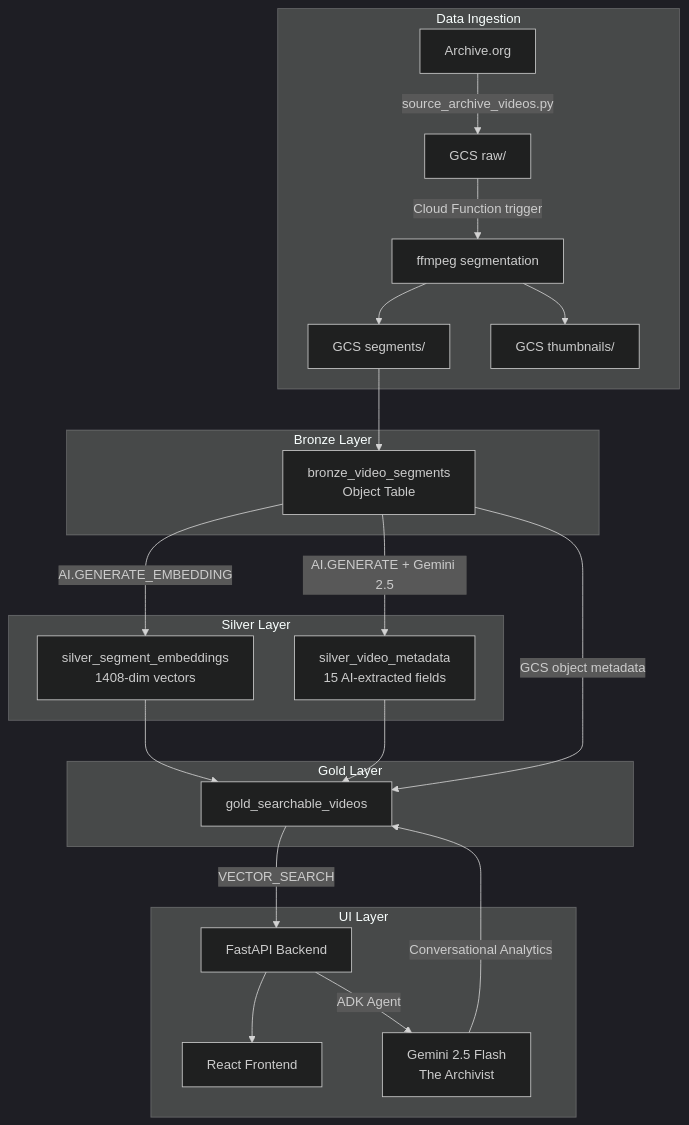
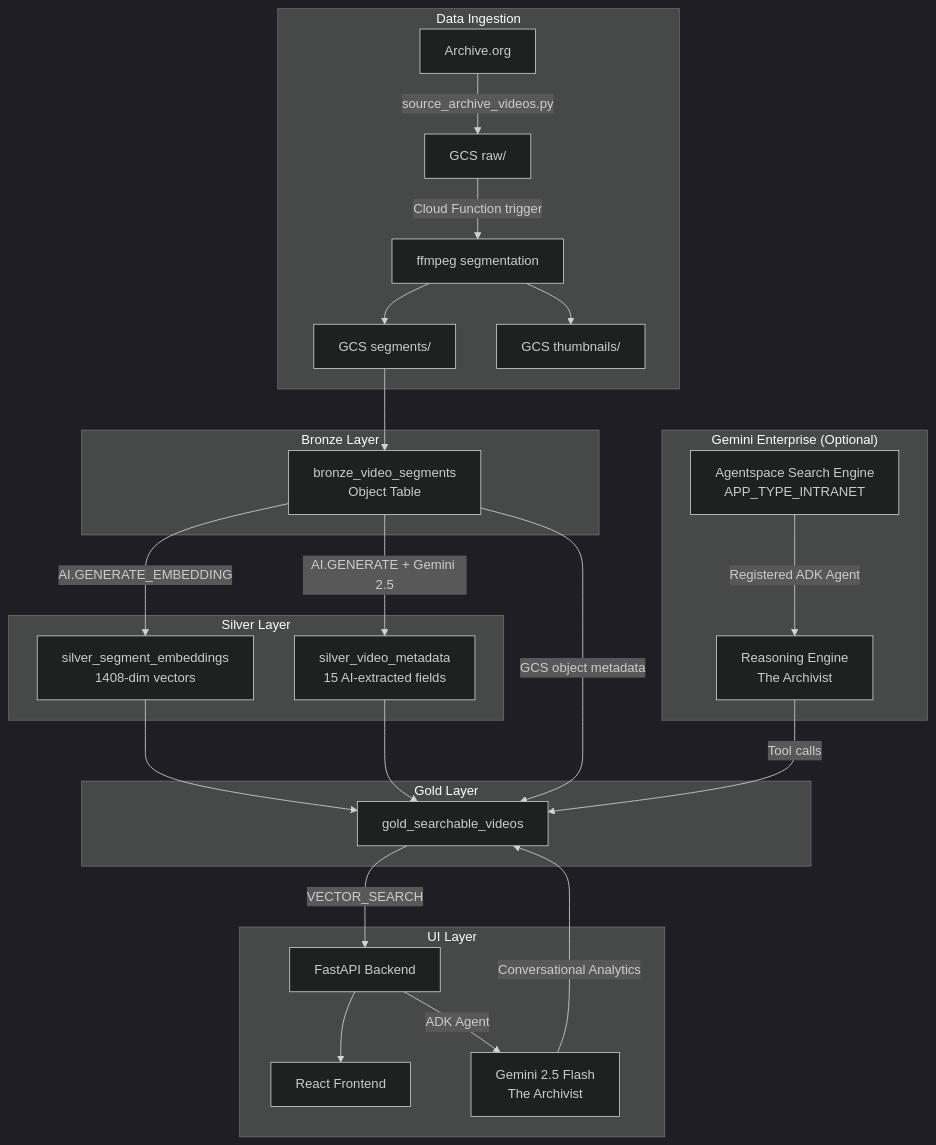
One commit to gCloud-Tech-Showcase/Data-Cloud changed the first of 2 diagrams in docs/demos/video-vector-search/architecture.md. Above: the diagram before and after it, drawn with Mermaid (dark theme). The commit also changed other lines of this file and 8 other files, not shown here.

First line of the commit message:
Register The Archivist in Gemini Enterprise (enable_gemini_enterprise flag)

````diff
--- a/docs/demos/video-vector-search/architecture.md
+++ b/docs/demos/video-vector-search/architecture.md
@@ -9,31 +9,36 @@
 ```mermaid
 graph TB
     subgraph "Data Ingestion"
         A[Archive.org] -->|source_archive_videos.py| B[GCS raw/]
         B -->|Cloud Function trigger| C[ffmpeg segmentation]
         C --> D[GCS segments/]
         C --> E[GCS thumbnails/]
     end
 
     subgraph "Bronze Layer"
         D --> G[bronze_video_segments<br/>Object Table]
     end
 
     subgraph "Silver Layer"
         G -->|AI.GENERATE_EMBEDDING| H[silver_segment_embeddings<br/>1408-dim vectors]
         G -->|AI.GENERATE + Gemini 2.5| I[silver_video_metadata<br/>15 AI-extracted fields]
     end
 
     subgraph "Gold Layer"
         H --> J[gold_searchable_videos]
         I --> J
         G -->|GCS object metadata| J
     end
 
     subgraph "UI Layer"
         J -->|VECTOR_SEARCH| K[FastAPI Backend]
         K --> L[React Frontend]
         K -->|ADK Agent| M[Gemini 2.5 Flash<br/>The Archivist]
         M -->|Conversational Analytics| J
     end
+
+    subgraph "Gemini Enterprise (Optional)"
+        N[Agentspace Search Engine<br/>APP_TYPE_INTRANET] -->|Registered ADK Agent| O[Reasoning Engine<br/>The Archivist]
+        O -->|Tool calls| J
+    end
 ```
````
